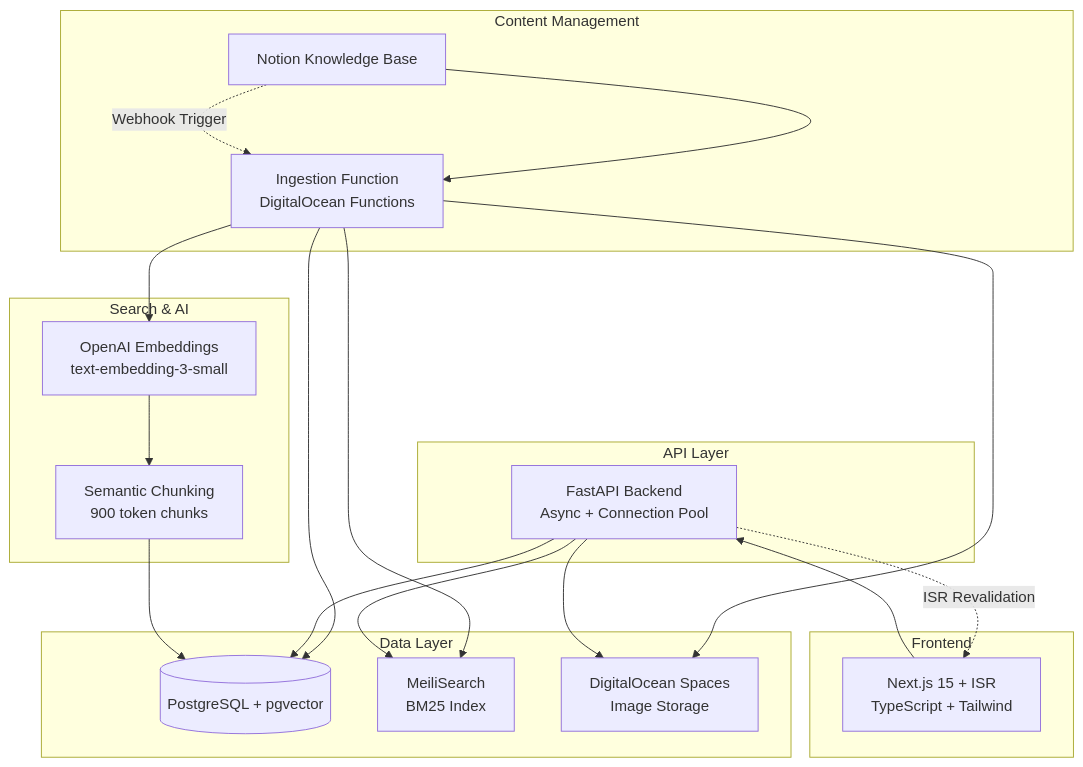
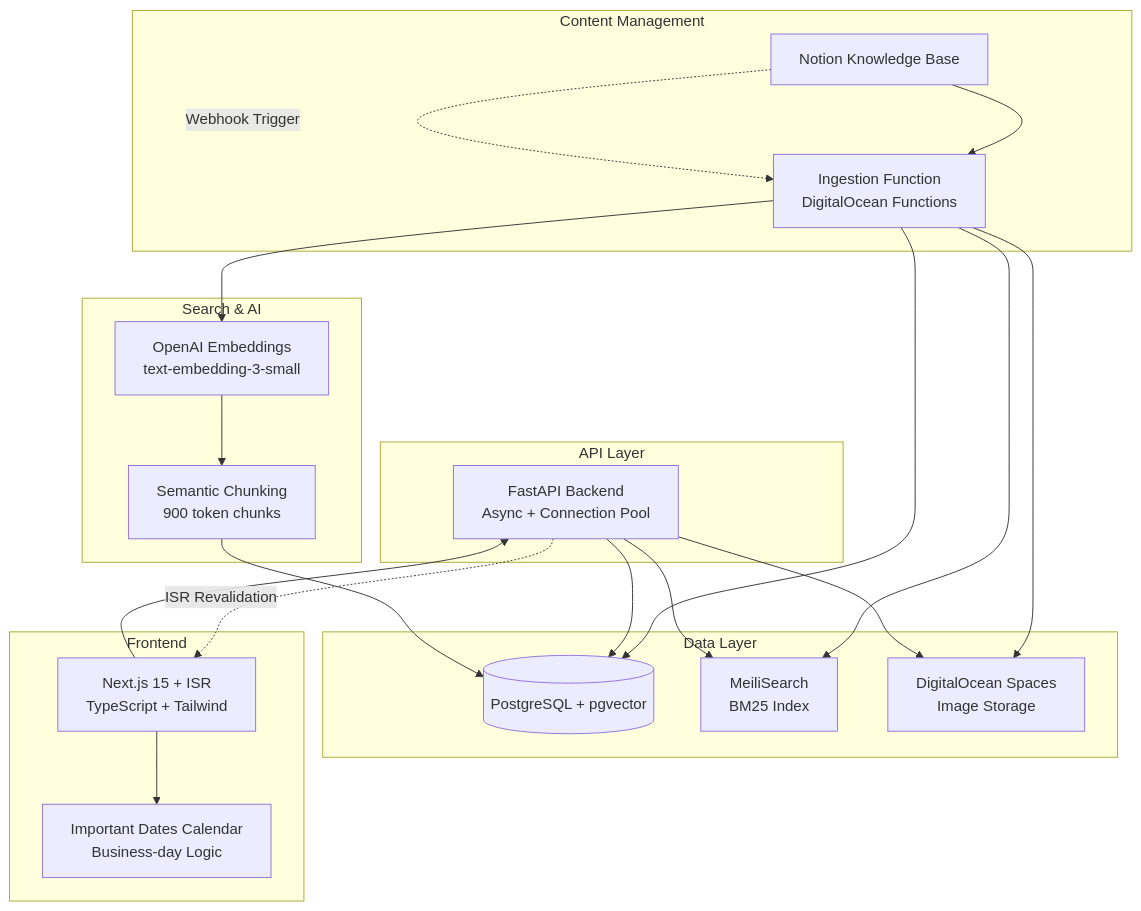
One commit to TokuEng/customer-help-app changed the diagram in README.md. Above: the diagram before and after it, drawn with Mermaid. The commit also changed other lines of this file and 26 other files, not shown here.

First line of the commit message:
feat: Add Important Dates calendar and AI chatbot payment awareness

````diff
--- a/README.md
+++ b/README.md
@@ -7,35 +7,37 @@
 ```mermaid
 graph TB
     subgraph "Content Management"
         N[Notion Knowledge Base] --> IF[Ingestion Function<br/>DigitalOcean Functions]
     end
     
     subgraph "Data Layer"
         IF --> PG[(PostgreSQL + pgvector)]
         IF --> MS[MeiliSearch<br/>BM25 Index]
         IF --> SP[DigitalOcean Spaces<br/>Image Storage]
     end
     
     subgraph "API Layer"
         API[FastAPI Backend<br/>Async + Connection Pool]
         API --> PG
         API --> MS
         API --> SP
     end
     
     subgraph "Frontend"
         WEB[Next.js 15 + ISR<br/>TypeScript + Tailwind]
+        CAL[Important Dates Calendar<br/>Business-day Logic]
         WEB --> API
+        WEB --> CAL
     end
     
     subgraph "Search & AI"
         EMB[OpenAI Embeddings<br/>text-embedding-3-small]
         CHK[Semantic Chunking<br/>900 token chunks]
         IF --> EMB
         EMB --> CHK
         CHK --> PG
     end
     
     N -.->|Webhook Trigger| IF
     API -.->|ISR Revalidation| WEB
 ```
````
